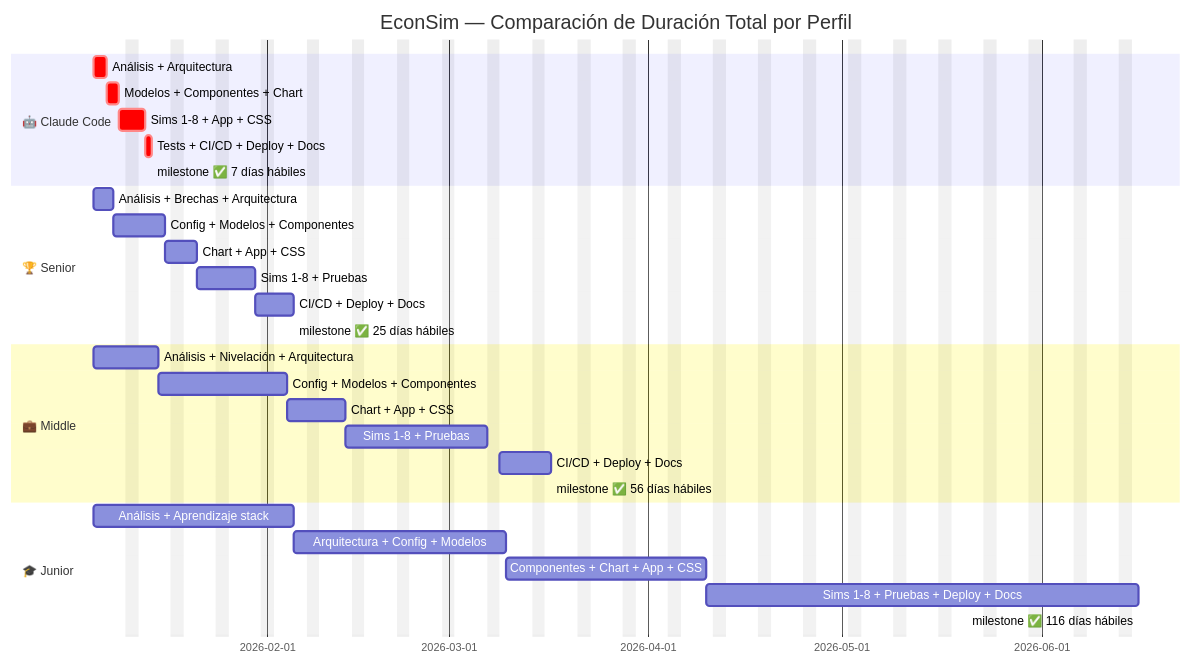
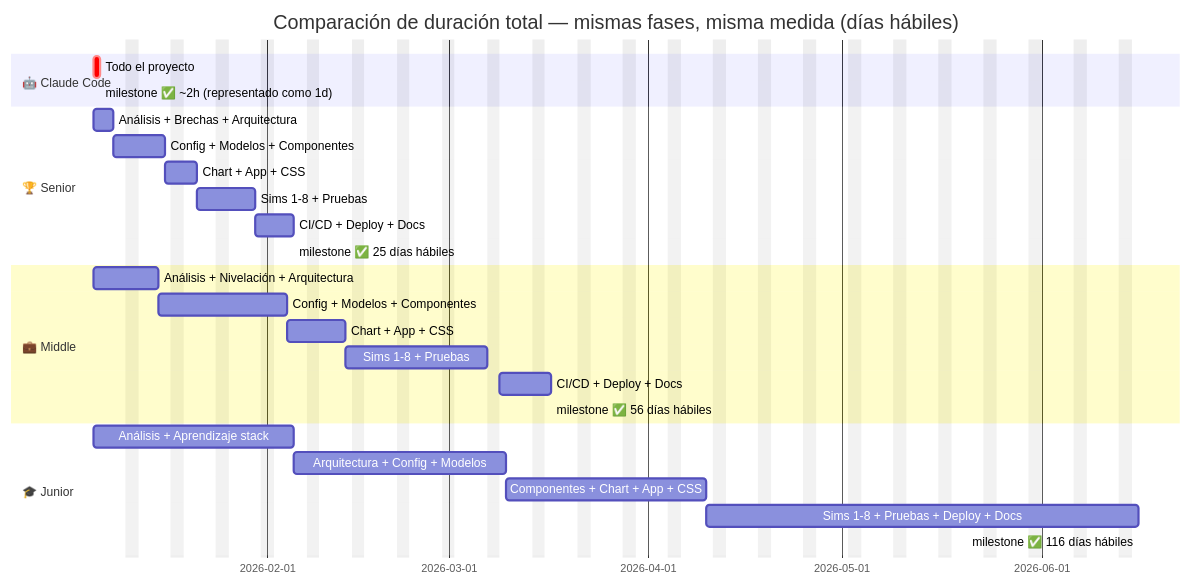
Before and after one commit to edgar-rodriguez-art/econsim: the third of 3 diagrams in docs/08-gantt-desarrollo.md, drawn with Mermaid. The commit also changed other lines of this file, not shown here.

First line of the commit message:
Corregir Gantt: tiempo de Claude Code en minutos reales (~131 min)

````diff
--- a/docs/08-gantt-desarrollo.md
+++ b/docs/08-gantt-desarrollo.md
@@ -89,36 +108,33 @@
 ```mermaid
 gantt
-    title EconSim — Comparación de Duración Total por Perfil
+    title Comparación de duración total — mismas fases, misma medida (días hábiles)
     dateFormat  YYYY-MM-DD
     excludes    weekends
 
     section 🤖 Claude Code
-    Análisis + Arquitectura             :crit, cc1, 2026-01-05, 2d
-    Modelos + Componentes + Chart       :crit, cc2, after cc1,  2d
-    Sims 1-8 + App + CSS                :crit, cc3, after cc2,  2d
-    Tests + CI/CD + Deploy + Docs       :crit, cc4, after cc3,  1d
-    milestone ✅ 7 días hábiles          :mcc, after cc4, 0d
+    Todo el proyecto                      :crit, cc1, 2026-01-05, 1d
+    milestone ✅ ~2h (representado como 1d):mcc, after cc1, 0d
 
     section 🏆 Senior
-    Análisis + Brechas + Arquitectura   :sr1, 2026-01-05, 3d
-    Config + Modelos + Componentes      :sr2, after sr1,  6d
-    Chart + App + CSS                   :sr3, after sr2,  3d
-    Sims 1-8 + Pruebas                  :sr4, after sr3,  7d
-    CI/CD + Deploy + Docs               :sr5, after sr4,  4d
-    milestone ✅ 25 días hábiles         :msr, after sr5, 0d
+    Análisis + Brechas + Arquitectura     :sr1, 2026-01-05,  3d
+    Config + Modelos + Componentes        :sr2, after sr1,   6d
+    Chart + App + CSS                     :sr3, after sr2,   3d
+    Sims 1-8 + Pruebas                    :sr4, after sr3,   7d
+    CI/CD + Deploy + Docs                 :sr5, after sr4,   4d
+    milestone ✅ 25 días hábiles           :msr, after sr5,   0d
 
     section 💼 Middle
-    Análisis + Nivelación + Arquitectura :md1, 2026-01-05, 8d
-    Config + Modelos + Componentes       :md2, after md1, 14d
-    Chart + App + CSS                    :md3, after md2,  7d
-    Sims 1-8 + Pruebas                   :md4, after md3, 16d
-    CI/CD + Deploy + Docs                :md5, after md4,  6d
-    milestone ✅ 56 días hábiles          :mmd, after md5, 0d
+    Análisis + Nivelación + Arquitectura  :md1, 2026-01-05,  8d
+    Config + Modelos + Componentes        :md2, after md1,  14d
+    Chart + App + CSS                     :md3, after md2,   7d
+    Sims 1-8 + Pruebas                    :md4, after md3,  16d
+    CI/CD + Deploy + Docs                 :md5, after md4,   6d
+    milestone ✅ 56 días hábiles           :mmd, after md5,   0d
 
     section 🎓 Junior
-    Análisis + Aprendizaje stack         :jr1, 2026-01-05, 23d
-    Arquitectura + Config + Modelos      :jr2, after jr1,  23d
-    Componentes + Chart + App + CSS      :jr3, after jr2,  23d
-    Sims 1-8 + Pruebas + Deploy + Docs   :jr4, after jr3,  47d
-    milestone ✅ 116 días hábiles         :mjr, after jr4,  0d
+    Análisis + Aprendizaje stack          :jr1, 2026-01-05, 23d
+    Arquitectura + Config + Modelos       :jr2, after jr1,  23d
+    Componentes + Chart + App + CSS       :jr3, after jr2,  23d
+    Sims 1-8 + Pruebas + Deploy + Docs    :jr4, after jr3,  47d
+    milestone ✅ 116 días hábiles          :mjr, after jr4,   0d
 ```
````
